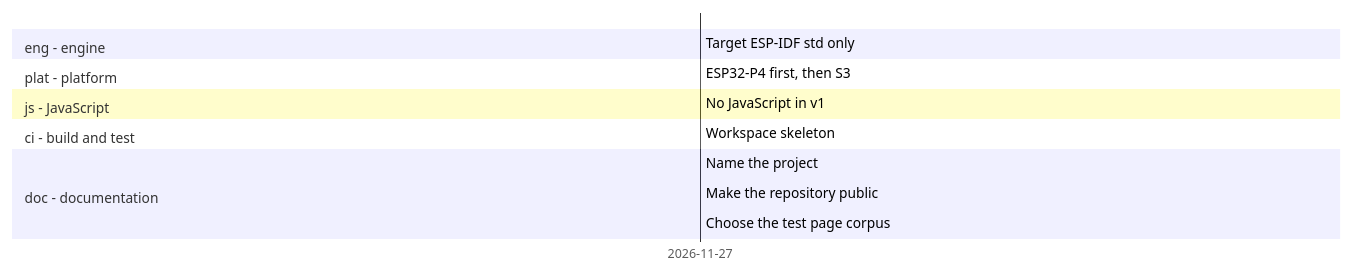
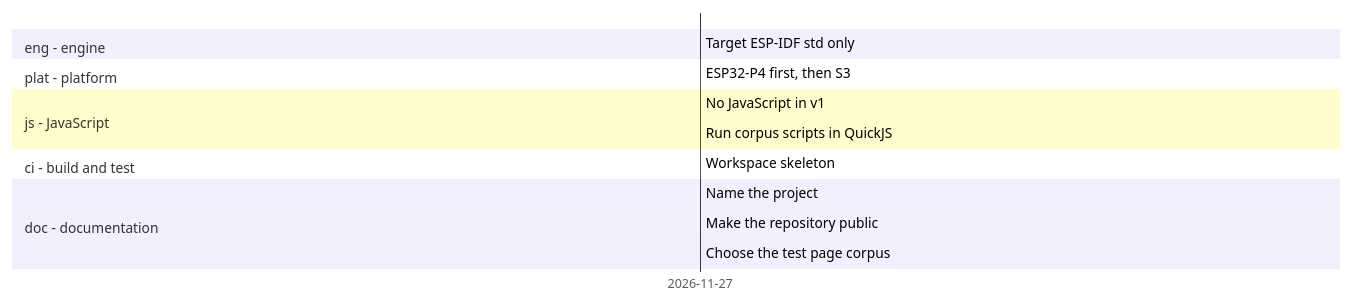
The diagram in docs/roadmap/timeline.md (lhns/embedded-browser), drawn with Mermaid before and after one commit. The commit also changed other lines of this file and 10 other files, not shown here.

Commit message:
js-spike: results, 32-bit and size measurements, roadmap update

````diff
--- a/docs/roadmap/timeline.md
+++ b/docs/roadmap/timeline.md
@@ -10,17 +10,18 @@
 ```mermaid
 gantt
     dateFormat YYYY-MM-DD
     axisFormat %Y-%m-%d
     section eng - engine
     Target ESP-IDF std only :eng_std_only_esp_idf, 2026-11-27, 2026-11-27
     section plat - platform
     ESP32-P4 first, then S3 :plat_boards_p4_first, 2026-11-27, 2026-11-27
     section js - JavaScript
     No JavaScript in v1 :js_no_js_in_v1, 2026-11-27, 2026-11-27
+    Run corpus scripts in QuickJS :js_host_spike, 2026-11-27, 2026-11-27
     section ci - build and test
     Workspace skeleton :ci_workspace_skeleton, 2026-11-27, 2026-11-27
     section doc - documentation
     Name the project :doc_name_embedded_browser, 2026-11-27, 2026-11-27
     Make the repository public :doc_public_repo, 2026-11-27, 2026-11-27
     Choose the test page corpus :doc_corpus_choice, 2026-11-27, 2026-11-27
 ```
````
